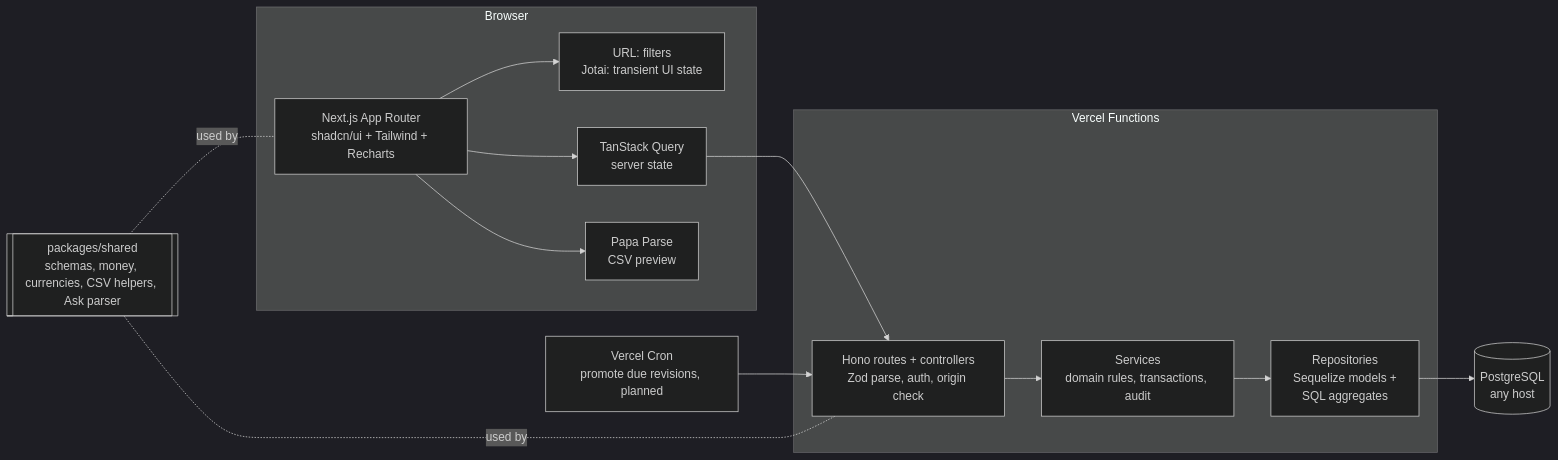
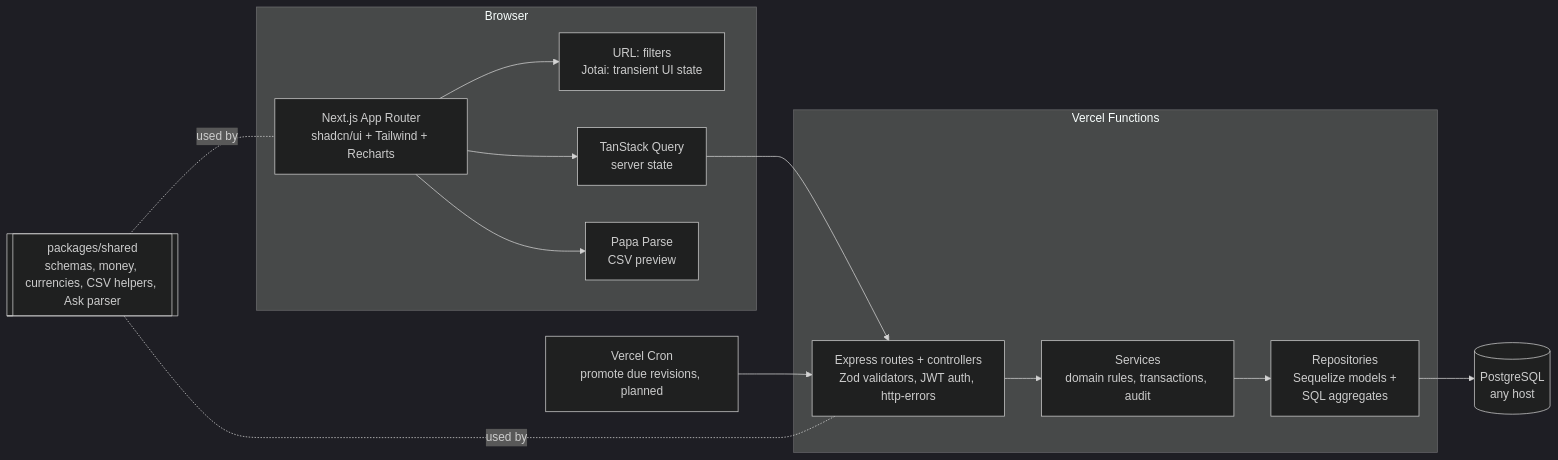
The first of 4 diagrams in docs/DESIGN.md (Sandeep-M23/paywise), drawn with Mermaid (dark theme) before and after one commit. The commit also changed other lines of this file and 55 other files, not shown here.

````diff
--- a/docs/DESIGN.md
+++ b/docs/DESIGN.md
@@ -9,24 +9,24 @@
 ```mermaid
 flowchart LR
   subgraph Browser
     UI[Next.js App Router<br/>shadcn/ui + Tailwind + Recharts]
     J[URL: filters<br/>Jotai: transient UI state]
     Q[TanStack Query<br/>server state]
     P[Papa Parse<br/>CSV preview]
   end
   subgraph Vercel Functions
-    R[Hono routes + controllers<br/>Zod parse, auth, origin check]
+    R[Express routes + controllers<br/>Zod validators, JWT auth, http-errors]
     S[Services<br/>domain rules, transactions, audit]
     D[Repositories<br/>Sequelize models +<br/>SQL aggregates]
   end
   CRON[Vercel Cron<br/>promote due revisions, planned]
   DB[(PostgreSQL<br/>any host)]
   SH[[packages/shared<br/>schemas, money, currencies, CSV helpers, Ask parser]]
 
   UI --> J
   UI --> Q --> R --> S --> D --> DB
   CRON --> R
   UI --> P
   SH -. used by .- UI
   SH -. used by .- R
 ```
````
